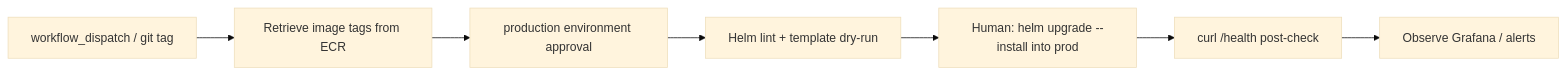
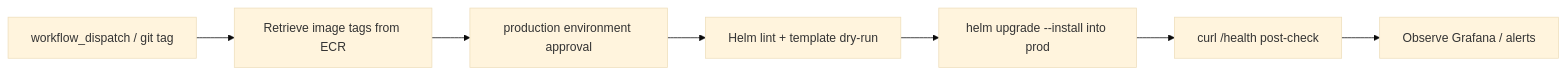
One commit to QCI-Demo-Stage/ecommerce-app-new-new12 changed the diagram in docs/RUNBOOK.md. Above: the diagram before and after it, drawn with Mermaid (base theme). The commit also changed other lines of this file and 3 other files, not shown here.

First line of the commit message:
Enable gated helm upgrade in production promotion workflow

````diff
--- a/docs/RUNBOOK.md
+++ b/docs/RUNBOOK.md
@@ -114,9 +114,9 @@
 ```mermaid
 flowchart LR
   A[workflow_dispatch / git tag] --> B[Retrieve image tags from ECR]
   B --> C[production environment approval]
   C --> D[Helm lint + template dry-run]
-  D --> E[Human: helm upgrade --install into prod]
+  D --> E["helm upgrade --install into prod"]
   E --> F[curl /health post-check]
   F --> G[Observe Grafana / alerts]
 ```
````
